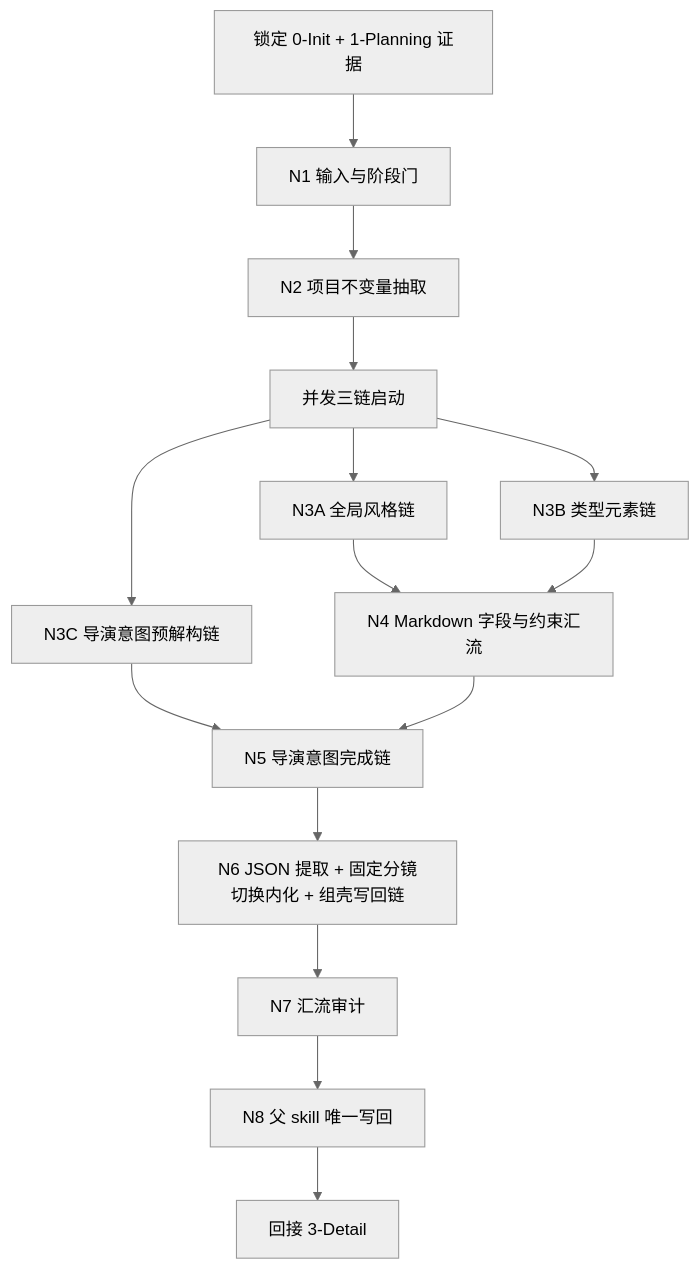
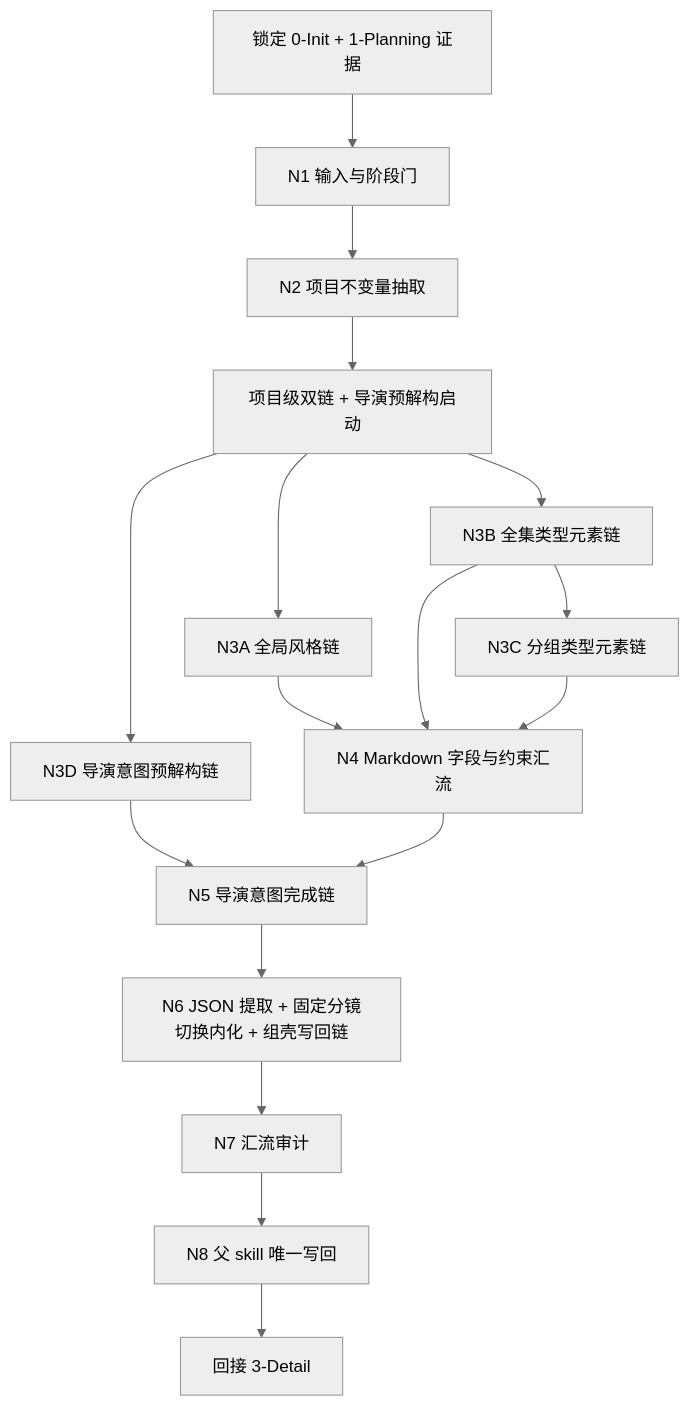
The first of 4 diagrams in .agents/skills/aigc/2-Global/SKILL.md (ZEN-VOID/AI-CUT), drawn with Mermaid (neutral theme) before and after one commit. The commit also changed other lines of this file and 261 other files, not shown here.

````diff
--- a/.agents/skills/aigc/2-Global/SKILL.md
+++ b/.agents/skills/aigc/2-Global/SKILL.md
@@ -138,17 +140,19 @@
 ```mermaid
 flowchart TD
     A["锁定 0-Init + 1-Planning 证据"] --> B["N1 输入与阶段门"]
     B --> C["N2 项目不变量抽取"]
-    C --> D["并发三链启动"]
+    C --> D["项目级双链 + 导演预解构启动"]
     D --> D1["N3A 全局风格链"]
-    D --> D2["N3B 类型元素链"]
-    D --> D3["N3C 导演意图预解构链"]
+    D --> D2["N3B 全集类型元素链"]
+    D --> D4["N3D 导演意图预解构链"]
+    D2 --> D3["N3C 分组类型元素链"]
     D1 --> E["N4 Markdown 字段与约束汇流"]
     D2 --> E
-    D3 --> F["N5 导演意图完成链"]
+    D3 --> E
+    D4 --> F["N5 导演意图完成链"]
     E --> F
     F --> G["N6 JSON 提取 + 固定分镜切换内化 + 组壳写回链"]
     G --> H["N7 汇流审计"]
     H --> I["N8 父 skill 唯一写回"]
     I --> J["回接 3-Detail"]
 ```
````
